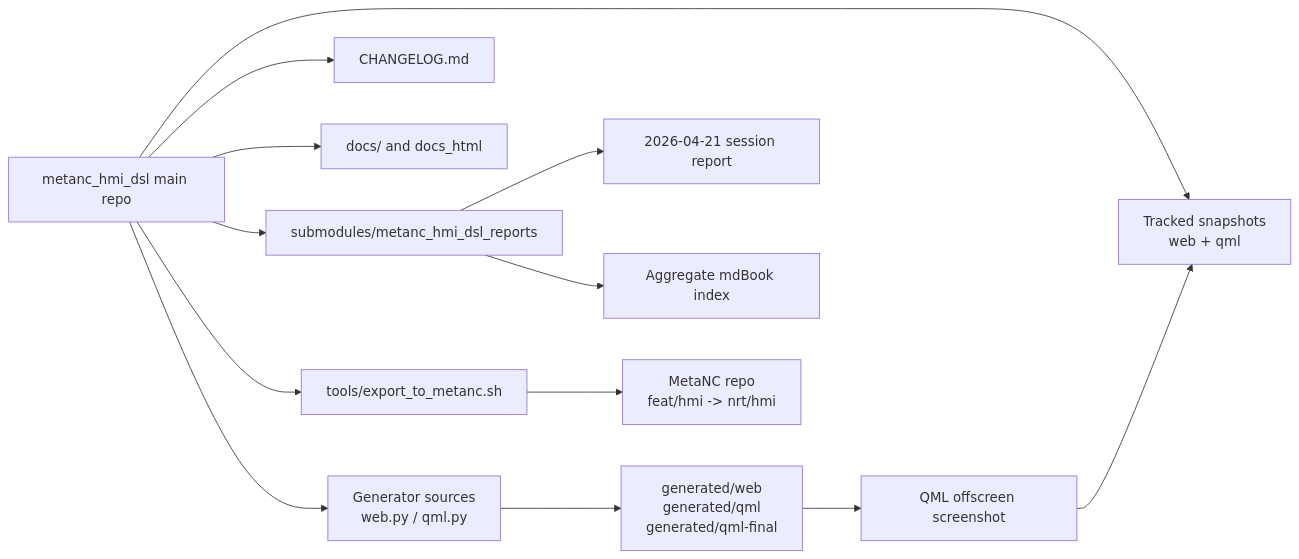
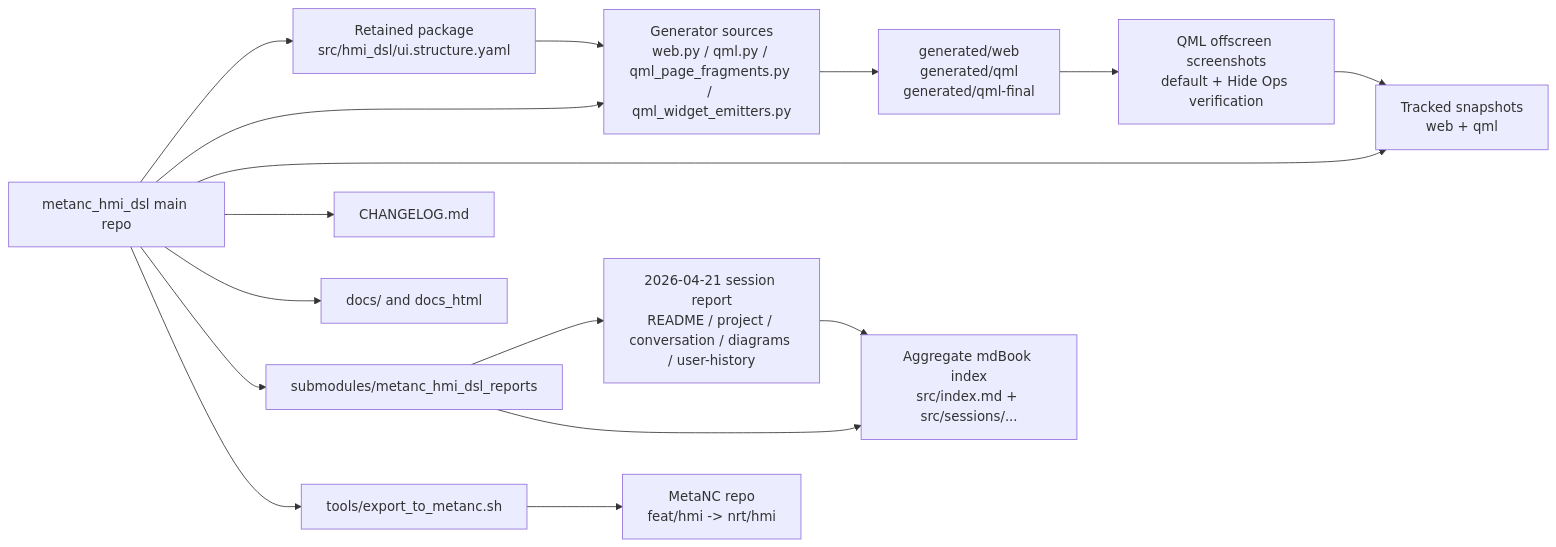
Before and after one commit to luppiterw/metanc_hmi_dsl_reports: the diagram in 2026-04-21-codex-session/architecture-diagram.md, drawn with Mermaid. The commit also changed 7 other files, not shown here.

Commit message:
docs: update 2026-04-21 session report

````diff
--- a/2026-04-21-codex-session/architecture-diagram.md
+++ b/2026-04-21-codex-session/architecture-diagram.md
@@ -3,18 +3,21 @@
 ```mermaid
 flowchart LR
-    Repo[metanc_hmi_dsl main repo] --> Gen[Generator sources<br/>web.py / qml.py]
+    Repo[metanc_hmi_dsl main repo] --> Retained[Retained package<br/>src/hmi_dsl/ui.structure.yaml]
+    Repo --> Gen[Generator sources<br/>web.py / qml.py / qml_page_fragments.py / qml_widget_emitters.py]
     Repo --> Snap[Tracked snapshots<br/>web + qml]
     Repo --> Changelog[CHANGELOG.md]
     Repo --> Docs[docs/ and docs_html]
     Repo --> ReportsSubmodule[submodules/metanc_hmi_dsl_reports]
 
+    Retained --> Gen
     Gen --> Targets[generated/web<br/>generated/qml<br/>generated/qml-final]
-    Targets --> QmlShot[QML offscreen screenshot]
+    Targets --> QmlShot[QML offscreen screenshots<br/>default + Hide Ops verification]
     QmlShot --> Snap
 
-    ReportsSubmodule --> Session[2026-04-21 session report]
-    ReportsSubmodule --> Aggregate[Aggregate mdBook index]
+    ReportsSubmodule --> Session[2026-04-21 session report<br/>README / project / conversation / diagrams / user-history]
+    ReportsSubmodule --> Aggregate[Aggregate mdBook index<br/>src/index.md + src/sessions/...]
+    Session --> Aggregate
 
     Repo --> ExportScript[tools/export_to_metanc.sh]
     ExportScript --> MetaNC[MetaNC repo<br/>feat/hmi -> nrt/hmi]
 ```
````
